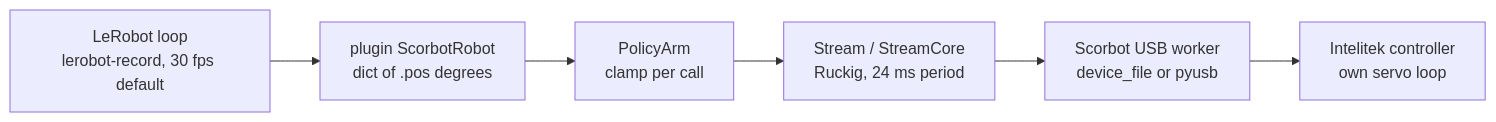
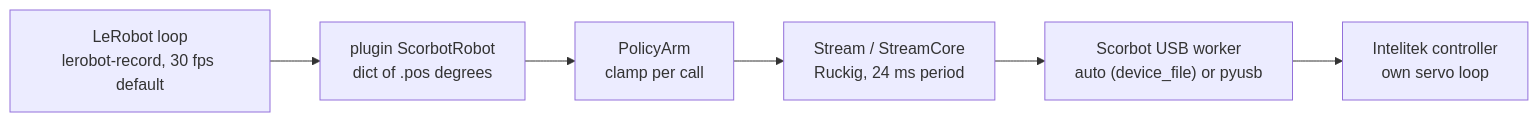
The diagram in docs/LEROBOT_CHAIN.md (Sebastianr8243/scorbot-er4u-python), drawn with Mermaid before and after one commit. The commit also changed other lines of this file, not shown here.

````diff
--- a/docs/LEROBOT_CHAIN.md
+++ b/docs/LEROBOT_CHAIN.md
@@ -5,8 +5,8 @@
 ```mermaid
 flowchart LR
     L["LeRobot loop<br/>lerobot-record, 30 fps default"] --> P["plugin ScorbotRobot<br/>dict of .pos degrees"]
     P --> A["PolicyArm<br/>clamp per call"]
     A --> S["Stream / StreamCore<br/>Ruckig, 24 ms period"]
-    S --> U["Scorbot USB worker<br/>device_file or pyusb"]
+    S --> U["Scorbot USB worker<br/>auto (device_file) or pyusb"]
     U --> C["Intelitek controller<br/>own servo loop"]
 ```
````
